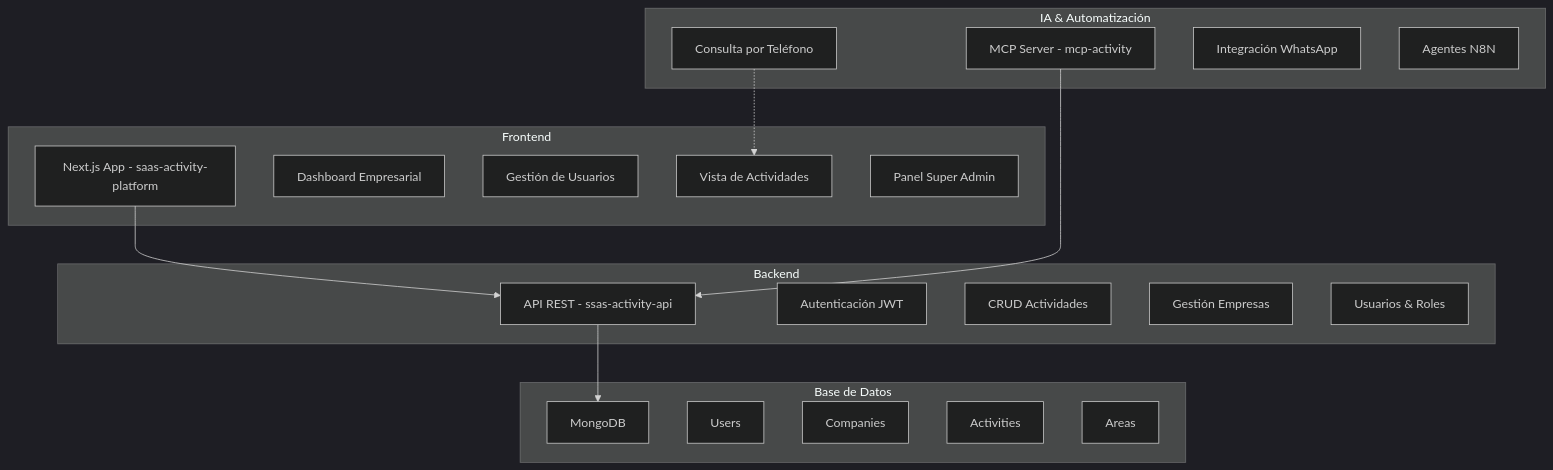
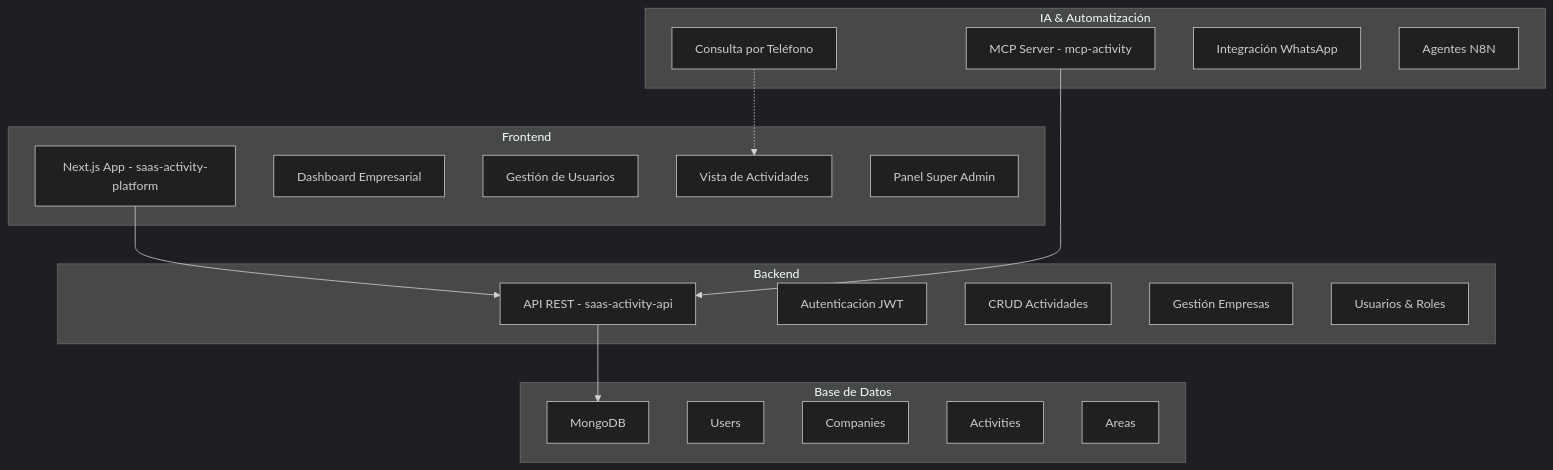
The first of 2 diagrams in README.md (luisvasquezdelaguila/ssas-activity), drawn with Mermaid (dark theme) before and after one commit. The commit also changed other lines of this file, not shown here.

````diff
--- a/README.md
+++ b/README.md
@@ -11,38 +11,38 @@
 ```mermaid
 graph TB
     subgraph "Frontend"
         A[Next.js App - saas-activity-platform]
         A1[Dashboard Empresarial]
         A2[Gestión de Usuarios]
         A3[Vista de Actividades]
         A4[Panel Super Admin]
     end
     
     subgraph "Backend"
-        B[API REST - ssas-activity-api]
+        B[API REST - saas-activity-api]
         B1[Autenticación JWT]
         B2[CRUD Actividades]
         B3[Gestión Empresas]
         B4[Usuarios & Roles]
     end
     
     subgraph "IA & Automatización"
         C[MCP Server - mcp-activity]
         C1[Consulta por Teléfono]
         C2[Integración WhatsApp]
         C3[Agentes N8N]
     end
     
     subgraph "Base de Datos"
         D[MongoDB]
         D1[Users]
         D2[Companies]
         D3[Activities]
         D4[Areas]
     end
     
     A --> B
     C --> B
     B --> D
     C1 -.-> A3
 ```
````
